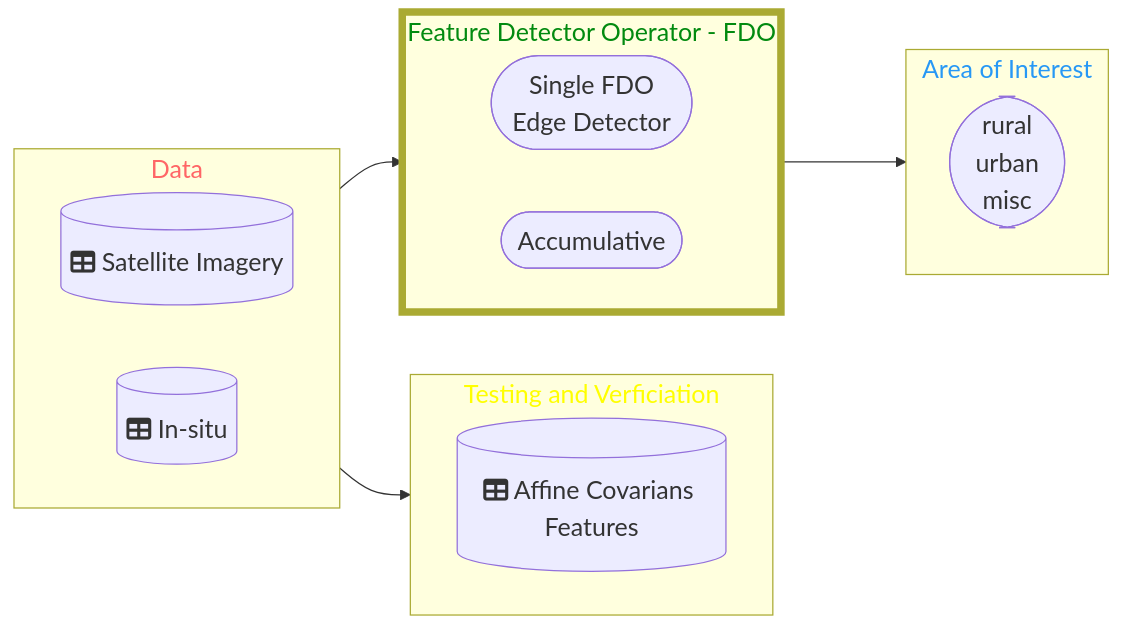
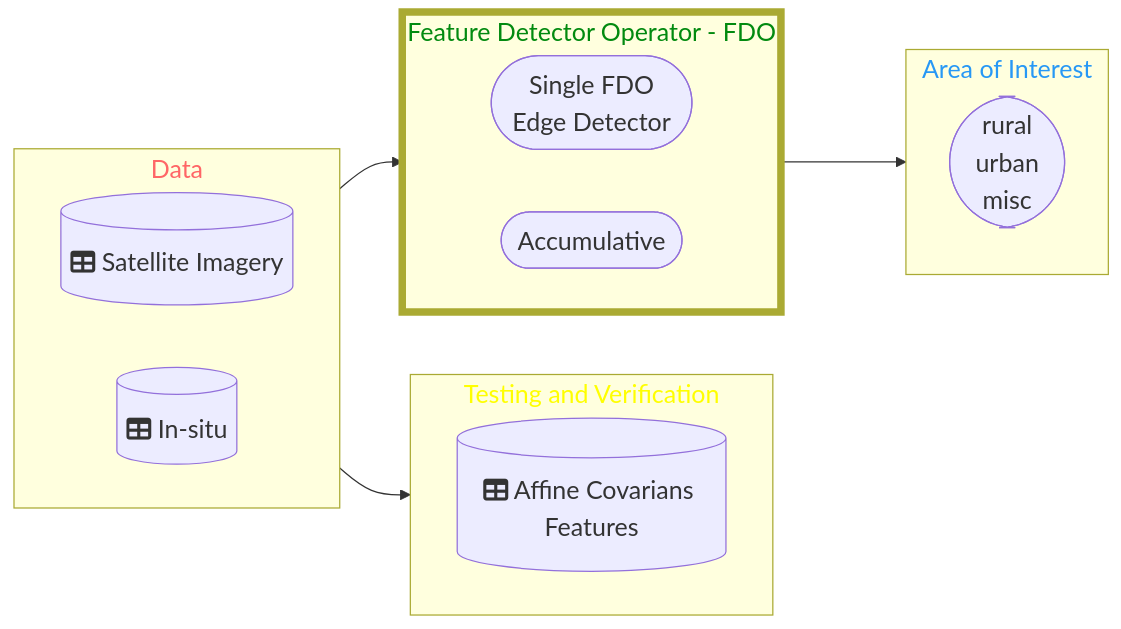
One commit to DippoldEJ/Feature-Detection-and-Explanation changed the diagram in Application/README.md. Above: the diagram before and after it, drawn with Mermaid.

````diff
--- a/Application/README.md
+++ b/Application/README.md
@@ -13,39 +13,39 @@
 ```mermaid
 flowchart LR;
 %%{init: {
 	'themeVariables': { 'fontSize': '20px', 'fontFamily': 'Didot'}
 	}
 }%%
 
  subgraph n[Data]
         direction LR
         h[(fa:fa-table  Satellite Imagery)]
 		s[(fa:fa-table In-situ)]
     end
 
- subgraph q[Testing and Verficiation]
+ subgraph q[Testing and Verification]
         direction LR
         r[(fa:fa-table Affine Covarians Features)]
     end
 
  subgraph o[Feature Detector Operator - FDO]
         direction LR
         j([Single FDO <br /> Edge Detector])
         m([Accumulative])
     end
 
 subgraph p[Area of Interest]
     a([rural <br /> urban  <br />  misc])
     end
 
 style n color:#f66
 style o stroke-width:6px
 style o color:#028A0F
 style p color:#2798F5
 style q color:#FFFF00
 
 n-->o
 o-->p
 n-->q
 
 ```
````
